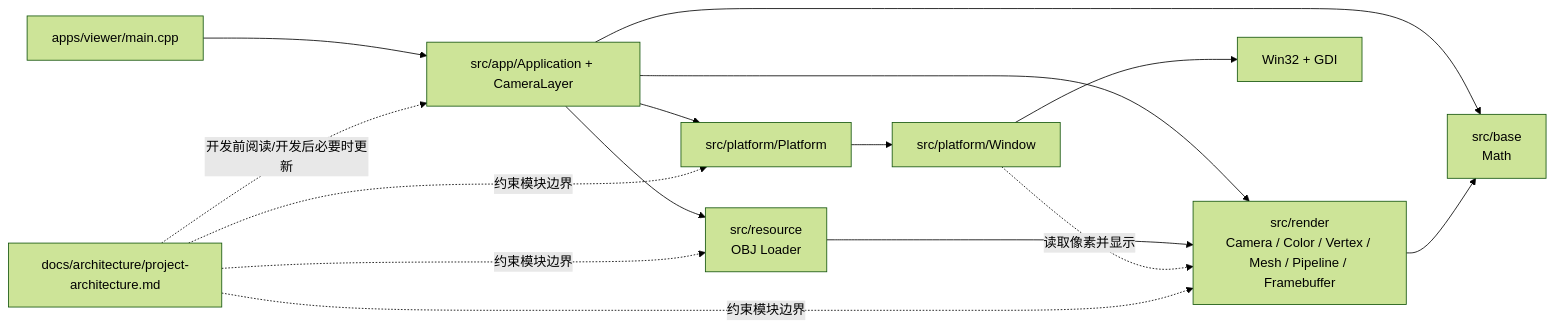
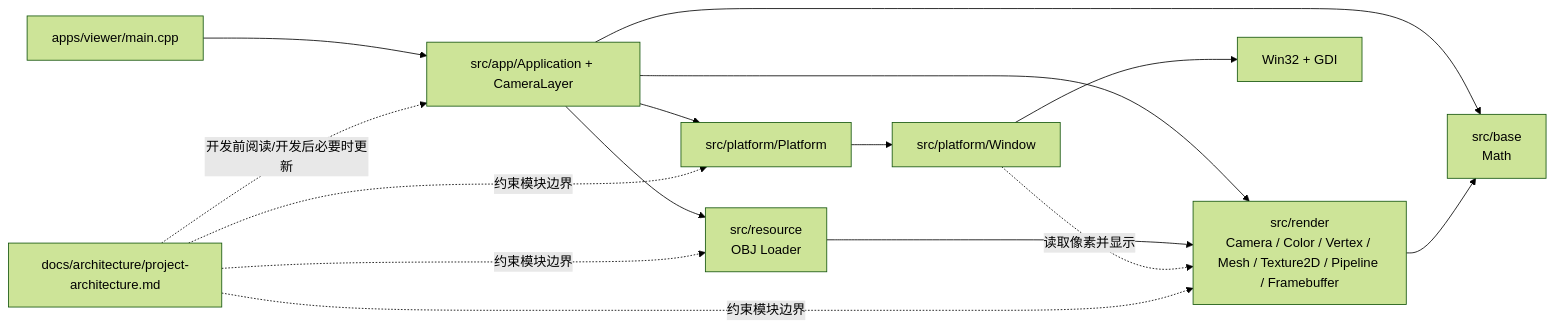
The first of 2 diagrams in docs/architecture/project-architecture.md (wanyan1114/softRenderer), drawn with Mermaid (forest theme) before and after one commit. The commit also changed other lines of this file and 33 other files, not shown here.

````diff
--- a/docs/architecture/project-architecture.md
+++ b/docs/architecture/project-architecture.md
@@ -33,27 +33,27 @@
 ```mermaid
 flowchart LR
     viewer["apps/viewer/main.cpp"]
     app["src/app/Application + CameraLayer"]
     resource["src/resource\nOBJ Loader"]
     base["src/base\nMath"]
-    render["src/render\nCamera / Color / Vertex / Mesh / Pipeline / Framebuffer"]
+    render["src/render\nCamera / Color / Vertex / Mesh / Texture2D / Pipeline / Framebuffer"]
     platform["src/platform/Platform"]
     window["src/platform/Window"]
     win32["Win32 + GDI"]
     docs["docs/architecture/project-architecture.md"]
 
     viewer --> app
     app --> base
     app --> resource
     app --> render
     app --> platform
     resource --> render
     platform --> window
     window --> win32
     render --> base
     window -.读取像素并显示.-> render
     docs -.开发前阅读/开发后必要时更新.-> app
     docs -.约束模块边界.-> resource
     docs -.约束模块边界.-> platform
     docs -.约束模块边界.-> render
 ```
````
